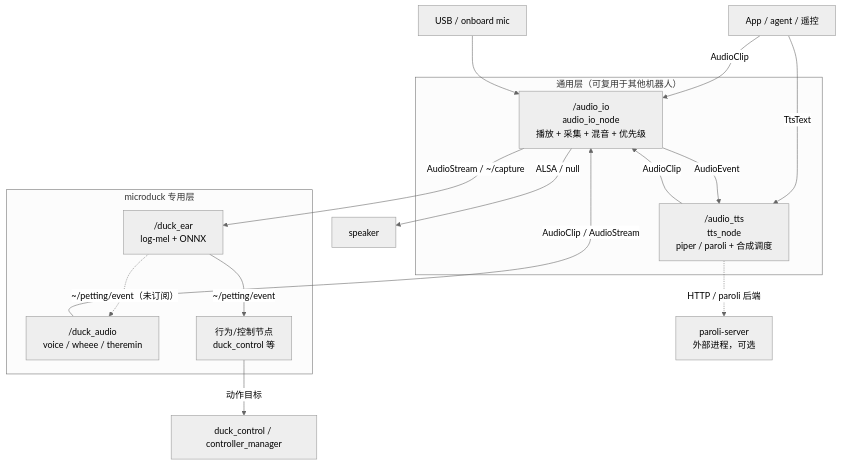
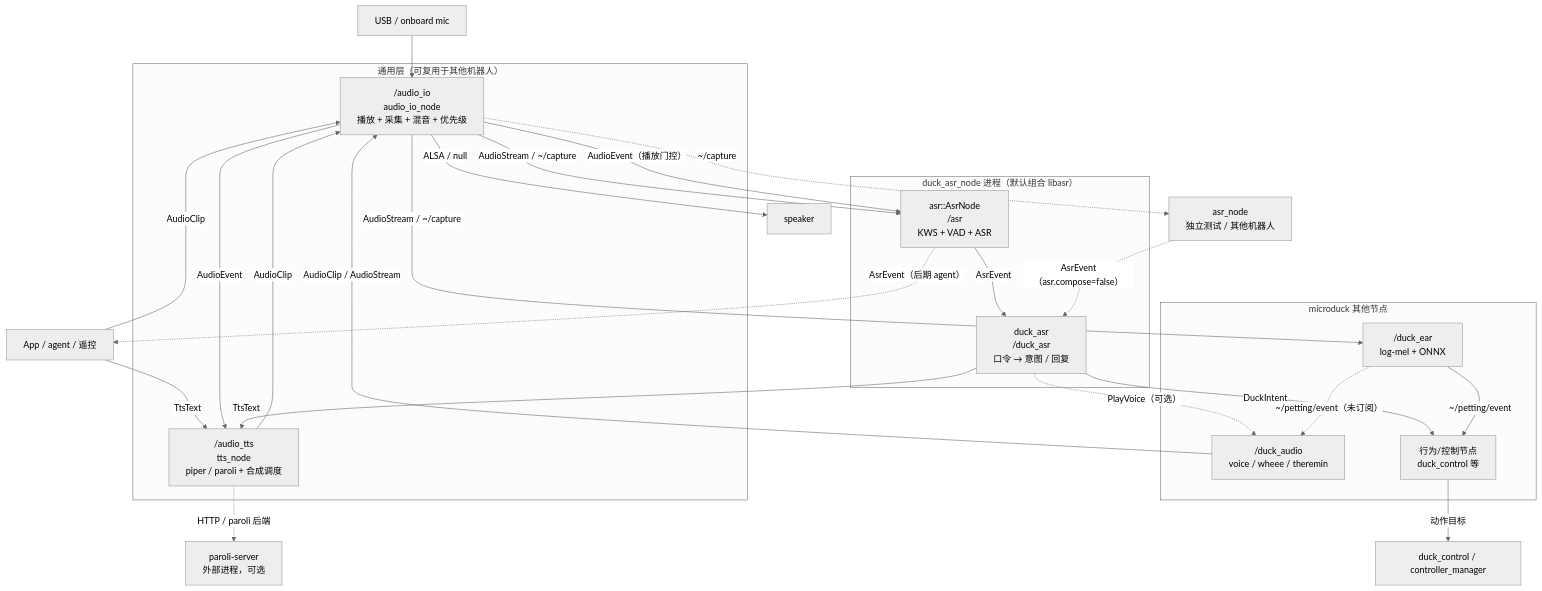
One commit to servo-robot-520/microduck_rev changed the diagram in docs/duck-ros2-audio-architecture.zh-CN.md. Above: the diagram before and after it, drawn with Mermaid (neutral theme). The commit also changed other lines of this file and 1 other file, not shown here.

````diff
--- a/docs/duck-ros2-audio-architecture.zh-CN.md
+++ b/docs/duck-ros2-audio-architecture.zh-CN.md
@@ -74,28 +78,44 @@
 ```mermaid
 flowchart TB
   subgraph G["通用层（可复用于其他机器人）"]
     AIO["/audio_io<br/>audio_io_node<br/>播放 + 采集 + 混音 + 优先级"]
     TTS["/audio_tts<br/>tts_node<br/>piper / paroli + 合成调度"]
   end
 
   PS["paroli-server<br/>外部进程，可选"]
 
-  subgraph D["microduck 专用层"]
+  subgraph P["duck_asr_node 进程（默认组合 libasr）"]
+    SR["asr::AsrNode<br/>/asr<br/>KWS + VAD + ASR"]
+    DS["duck_asr<br/>/duck_asr<br/>口令 → 意图 / 回复"]
+    SR -->|"AsrEvent"| DS
+  end
+
+  ASRN["asr_node<br/>独立测试 / 其他机器人"]
+
+  subgraph D["microduck 其他节点"]
     DA["/duck_audio<br/>voice / wheee / theremin"]
     DE["/duck_ear<br/>log-mel + ONNX"]
     BEH["行为/控制节点<br/>duck_control 等"]
   end
 
   APP["App / agent / 遥控"] -->|"TtsText"| TTS
   APP -->|"AudioClip"| AIO
   TTS -->|"AudioClip"| AIO
   AIO -->|"AudioEvent"| TTS
   TTS -.->|"HTTP / paroli 后端"| PS
   DA -->|"AudioClip / AudioStream"| AIO
   AIO -->|"AudioStream / ~/capture"| DE
+  AIO -->|"AudioStream / ~/capture"| SR
+  AIO -->|"AudioEvent（播放门控）"| SR
+  AIO -.->|"~/capture"| ASRN
+  ASRN -.->|"AsrEvent（asr.compose=false）"| DS
+  SR -.->|"AsrEvent（后期 agent）"| APP
+  DS -->|"DuckIntent"| BEH
+  DS -->|"TtsText"| TTS
+  DS -.->|"PlayVoice（可选）"| DA
   DE -.->|"~/petting/event（未订阅）"| DA
   DE -->|"~/petting/event"| BEH
   BEH -->|"动作目标"| CTRL["duck_control / controller_manager"]
   AIO -->|"ALSA / null"| SPK["speaker"]
   MIC["USB / onboard mic"] --> AIO
 ```
````
